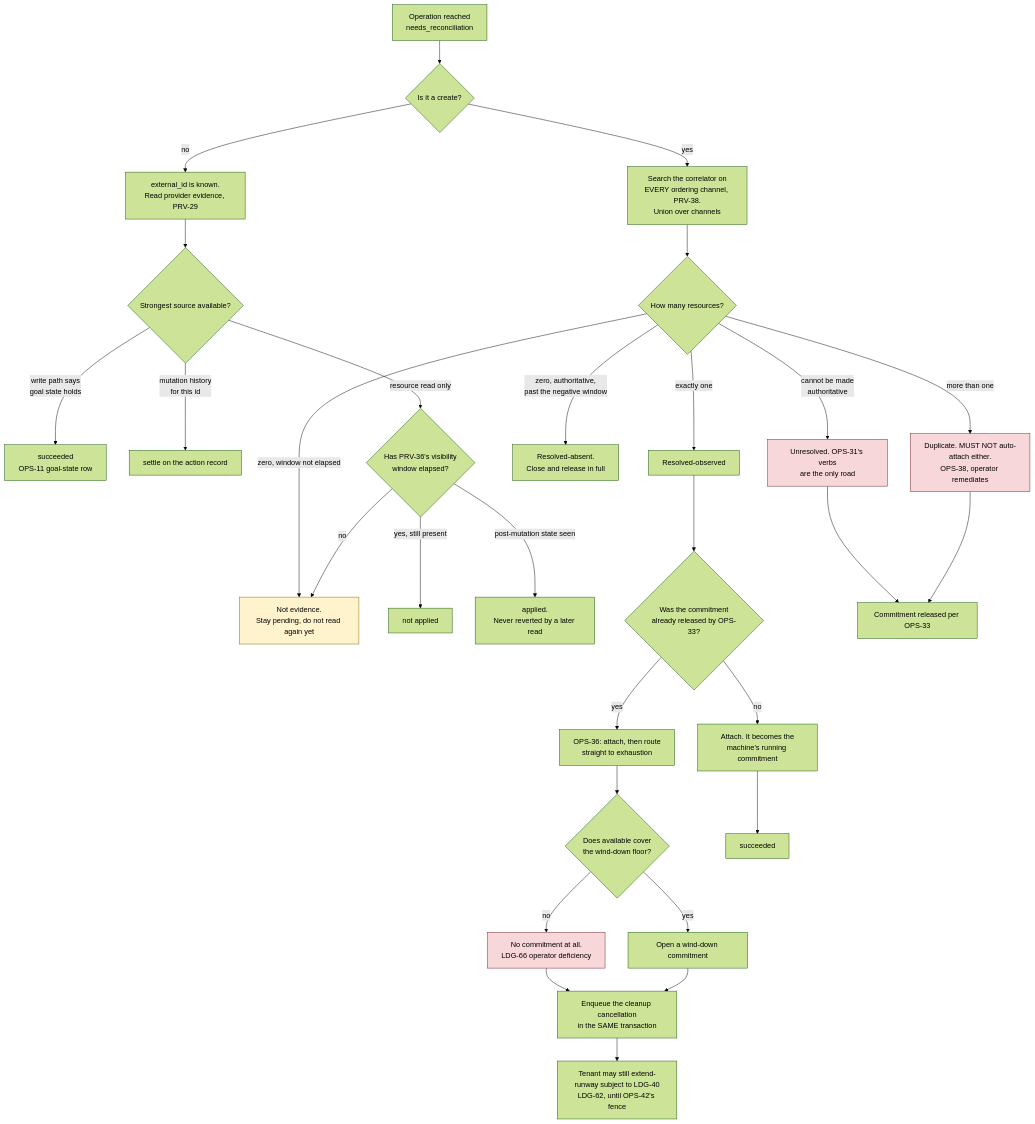
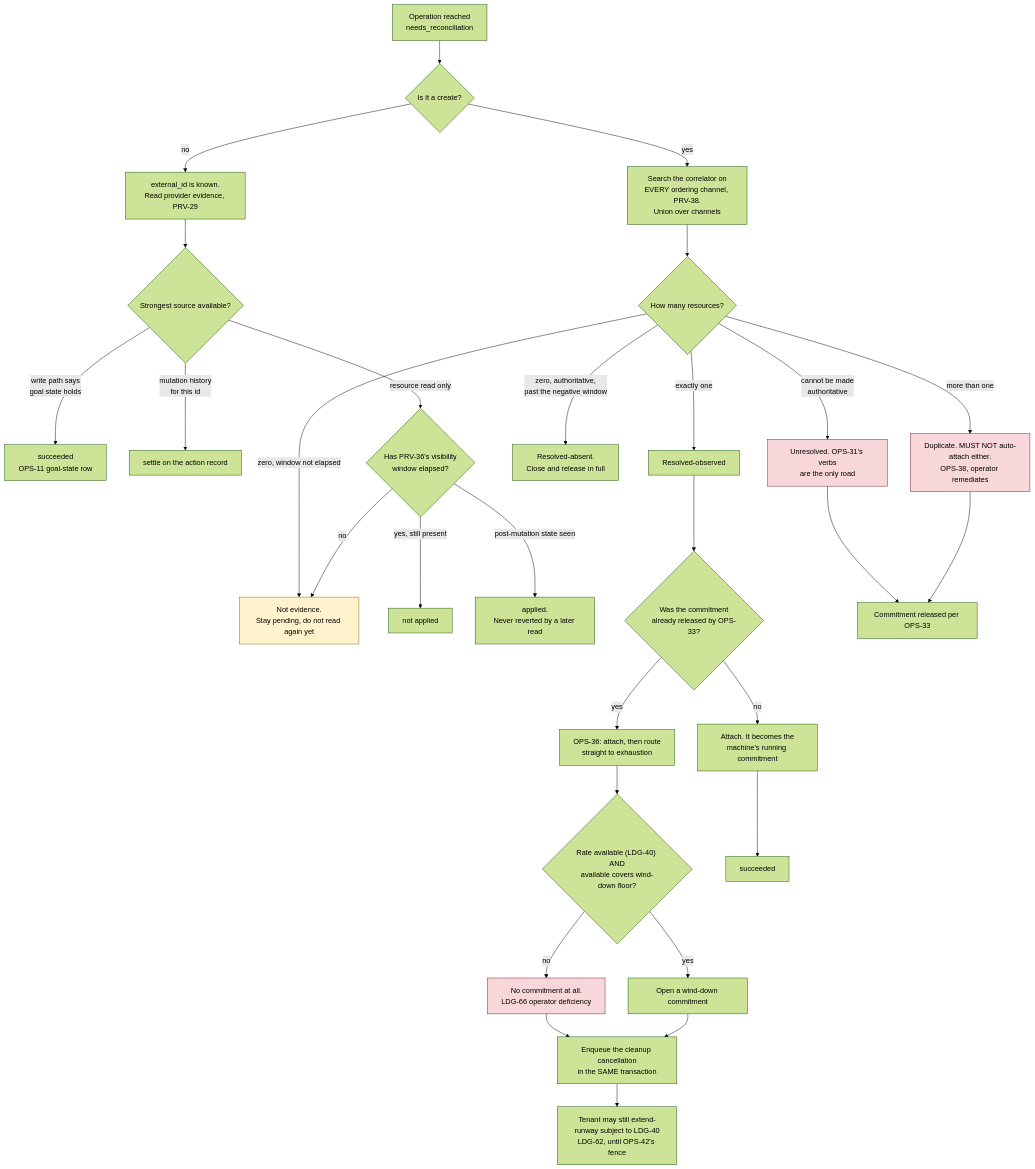
The diagram in 03-operation-lifecycle.md (douglaz/provisiond), drawn with Mermaid (forest theme) before and after one commit. The commit also changed other lines of this file, not shown here.

Commit message:
spec: complete no-rate late-attach branches (pv-gip.27)

````diff
--- a/03-operation-lifecycle.md
+++ b/03-operation-lifecycle.md
@@ -378,42 +378,42 @@
 ```mermaid
 flowchart TD
     A["Operation reached<br/>needs_reconciliation"] --> B{"Is it a create?"}
 
     B -- "no" --> C["external_id is known.<br/>Read provider evidence, PRV-29"]
     C --> C1{"Strongest source available?"}
     C1 -- "write path says<br/>goal state holds" --> DONE1["succeeded<br/>OPS-11 goal-state row"]
     C1 -- "mutation history<br/>for this id" --> DONE2["settle on the action record"]
     C1 -- "resource read only" --> C2{"Has PRV-36's visibility<br/>window elapsed?"}
     C2 -- "no" --> WAIT["Not evidence.<br/>Stay pending, do not read again yet"]
     C2 -- "yes, still present" --> NOTAPPLIED["not applied"]
     C2 -- "post-mutation state seen" --> DONE3["applied.<br/>Never reverted by a later read"]
 
     B -- "yes" --> D["Search the correlator on<br/>EVERY ordering channel, PRV-38.<br/>Union over channels"]
     D --> E{"How many resources?"}
 
     E -- "exactly one" --> F["Resolved-observed"]
     F --> F1{"Was the commitment<br/>already released by OPS-33?"}
     F1 -- "no" --> G["Attach. It becomes the<br/>machine's running commitment"]
     F1 -- "yes" --> H["OPS-36: attach, then route<br/>straight to exhaustion"]
-    H --> H1{"Does available cover<br/>the wind-down floor?"}
+    H --> H1{"Rate available (LDG-40) AND<br/>available covers wind-down floor?"}
     H1 -- "yes" --> H2["Open a wind-down commitment"]
     H1 -- "no" --> H3["No commitment at all.<br/>LDG-66 operator deficiency"]
     H2 --> I["Enqueue the cleanup cancellation<br/>in the SAME transaction"]
     H3 --> I
     I --> J["Tenant may still extend-runway subject to LDG-40<br/>LDG-62, until OPS-42's fence"]
 
     E -- "zero, authoritative,<br/>past the negative window" --> K["Resolved-absent.<br/>Close and release in full"]
     E -- "zero, window not elapsed" --> WAIT
     E -- "more than one" --> L["Duplicate. MUST NOT auto-attach either.<br/>OPS-38, operator remediates"]
     E -- "cannot be made<br/>authoritative" --> M["Unresolved. OPS-31's verbs<br/>are the only road"]
 
     L --> N["Commitment released per OPS-33"]
     M --> N
 
     G --> DONE4["succeeded"]
 
     style WAIT fill:#fff3cd,stroke:#856404
     style L fill:#f8d7da,stroke:#721c24
     style M fill:#f8d7da,stroke:#721c24
     style H3 fill:#f8d7da,stroke:#721c24
 ```
````
